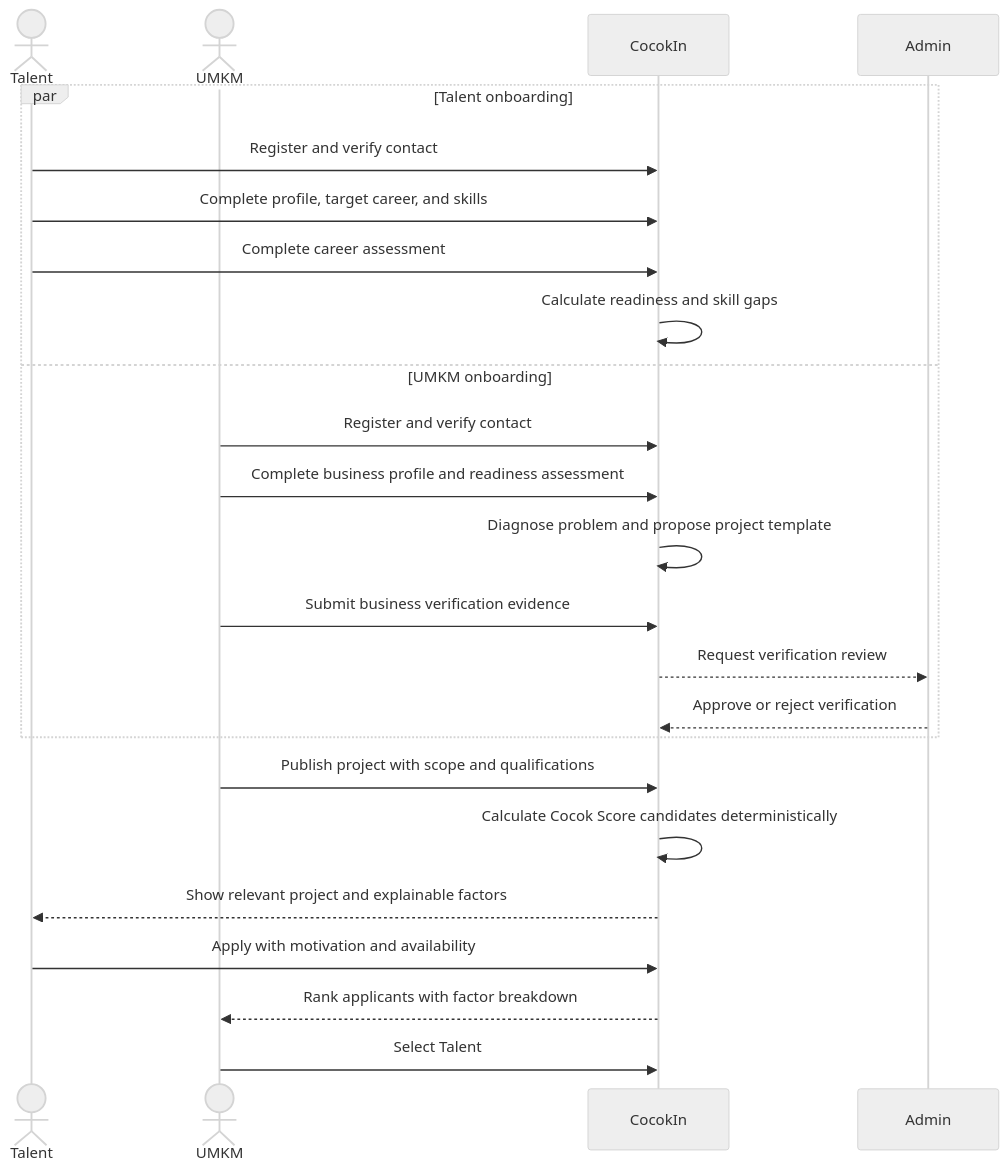
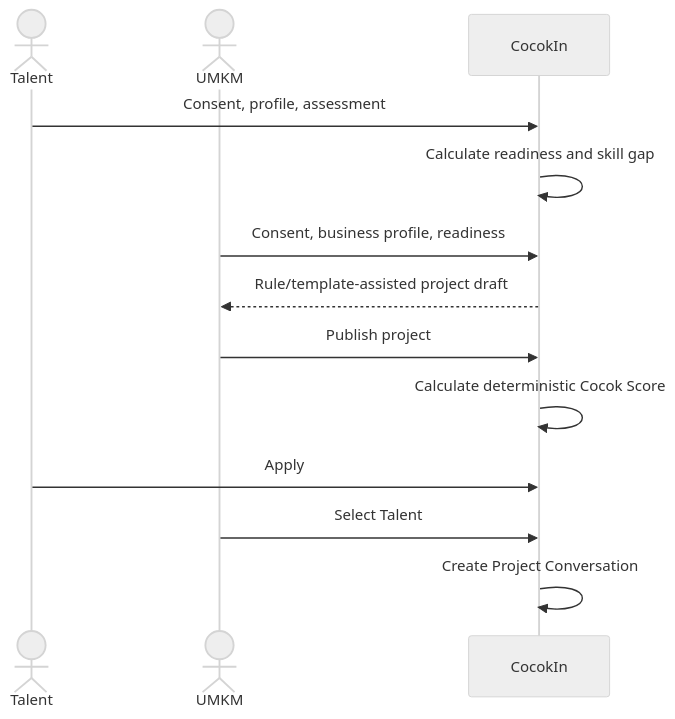
Before and after one commit to jajakiman/CocokIn: the second of 6 diagrams in docs/BUSINESS_FLOW.md, drawn with Mermaid (neutral theme). The commit also changed other lines of this file and 106 other files, not shown here.

````diff
--- a/docs/BUSINESS_FLOW.md
+++ b/docs/BUSINESS_FLOW.md
@@ -48,28 +35,15 @@
 ```mermaid
 sequenceDiagram
-    actor T as Talent
-    actor U as UMKM
-    participant C as CocokIn
-    participant A as Admin
-
-    par Talent onboarding
-        T->>C: Register and verify contact
-        T->>C: Complete profile, target career, and skills
-        T->>C: Complete career assessment
-        C->>C: Calculate readiness and skill gaps
-    and UMKM onboarding
-        U->>C: Register and verify contact
-        U->>C: Complete business profile and readiness assessment
-        C->>C: Diagnose problem and propose project template
-        U->>C: Submit business verification evidence
-        C-->>A: Request verification review
-        A-->>C: Approve or reject verification
-    end
-
-    U->>C: Publish project with scope and qualifications
-    C->>C: Calculate Cocok Score candidates deterministically
-    C-->>T: Show relevant project and explainable factors
-    T->>C: Apply with motivation and availability
-    C-->>U: Rank applicants with factor breakdown
-    U->>C: Select Talent
+  actor T as Talent
+  actor U as UMKM
+  participant C as CocokIn
+  T->>C: Consent, profile, assessment
+  C->>C: Calculate readiness and skill gap
+  U->>C: Consent, business profile, readiness
+  C-->>U: Rule/template-assisted project draft
+  U->>C: Publish project
+  C->>C: Calculate deterministic Cocok Score
+  T->>C: Apply
+  U->>C: Select Talent
+  C->>C: Create Project Conversation
 ```
````
